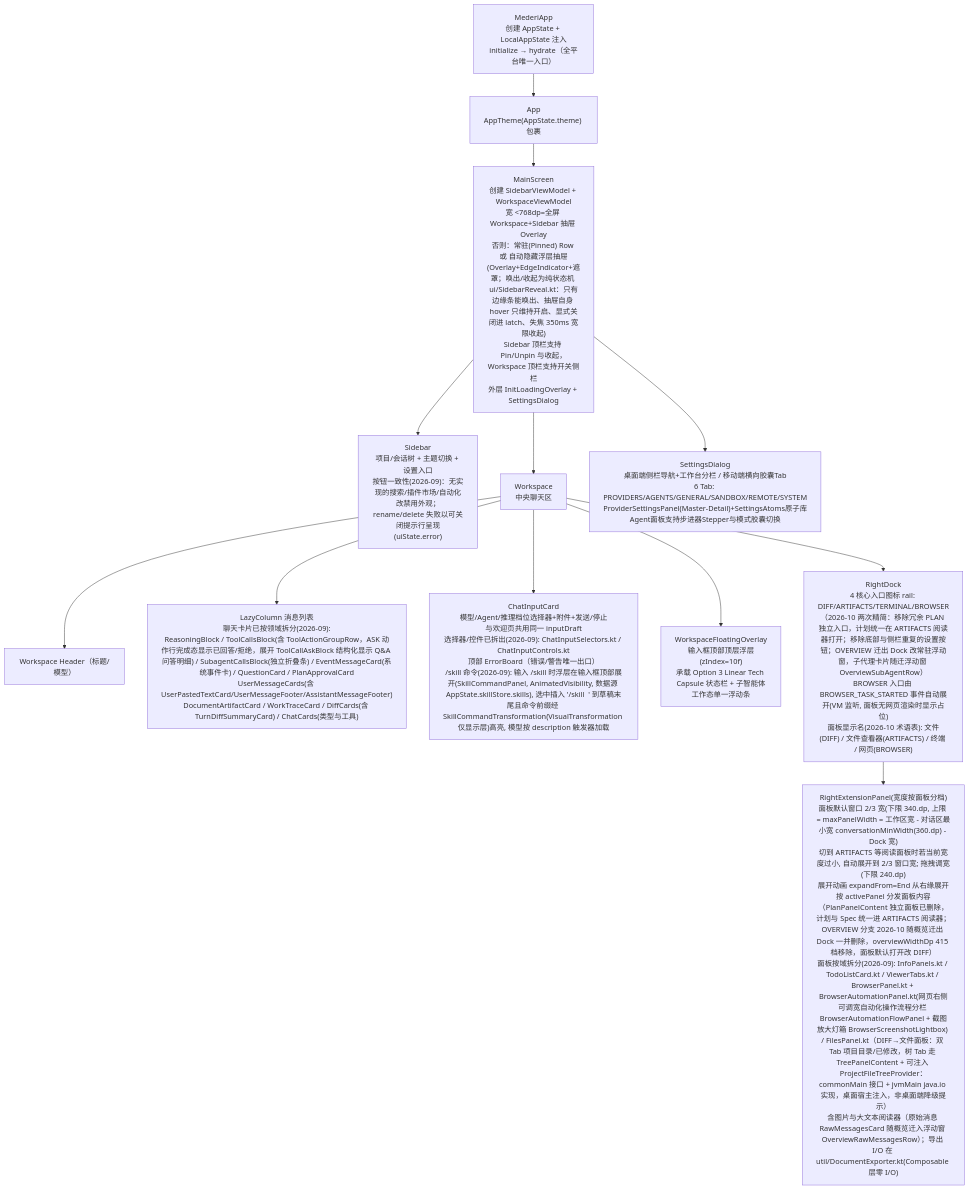
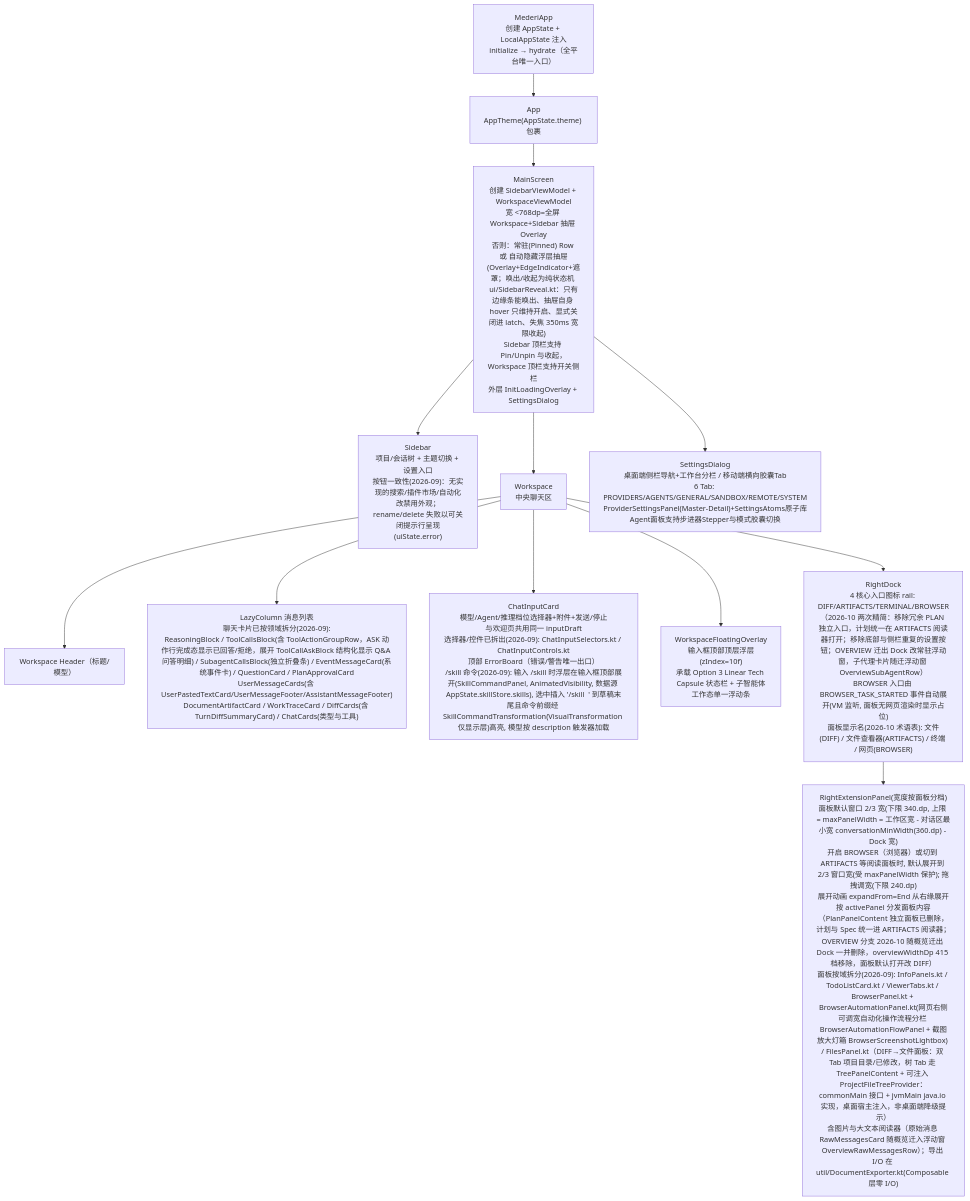
One commit to lzdev42/mederi changed the third of 4 diagrams in docs/architecture/02-app-shared.md. Above: the diagram before and after it, drawn with Mermaid. The commit also changed other lines of this file and 60 other files, not shown here.

First line of the commit message:
feat(browser+ui): refactor browser operator tool calling, session tabs, and wasm paste support

````diff
--- a/docs/architecture/02-app-shared.md
+++ b/docs/architecture/02-app-shared.md
@@ -465,24 +466,24 @@
 ```mermaid
 flowchart TD
     MA["MederiApp<br/>创建 AppState + LocalAppState 注入<br/>initialize → hydrate（全平台唯一入口）"]
     APP["App<br/>AppTheme(AppState.theme) 包裹"]
     MS["MainScreen<br/>创建 SidebarViewModel + WorkspaceViewModel<br/>宽 <768dp=全屏 Workspace+Sidebar 抽屉 Overlay<br/>否则：常驻(Pinned) Row 或 自动隐藏浮层抽屉(Overlay+EdgeIndicator+遮罩；唤出/收起为纯状态机 ui/SidebarReveal.kt：只有边缘条能唤出、抽屉自身 hover 只维持开启、显式关闭进 latch、失焦 350ms 宽限收起)<br/>Sidebar 顶栏支持 Pin/Unpin 与收起，Workspace 顶栏支持开关侧栏<br/>外层 InitLoadingOverlay + SettingsDialog"]
     SB["Sidebar<br/>项目/会话树 + 主题切换 + 设置入口<br/>按钮一致性(2026-09)：无实现的搜索/插件市场/自动化改禁用外观；rename/delete 失败以可关闭提示行呈现(uiState.error)"]
     WS["Workspace<br/>中央聊天区"]
     HDR["Workspace Header（标题/模型）"]
     LIST["LazyColumn 消息列表<br/>聊天卡片已按领域拆分(2026-09):<br/>ReasoningBlock / ToolCallsBlock(含 ToolActionGroupRow，ASK 动作行完成态显示已回答/拒绝，展开 ToolCallAskBlock 结构化显示 Q&A 问答明细) / SubagentCallsBlock(独立折叠条) / EventMessageCard(系统事件卡) / QuestionCard / PlanApprovalCard<br/>UserMessageCards(含 UserPastedTextCard/UserMessageFooter/AssistantMessageFooter)<br/>DocumentArtifactCard / WorkTraceCard / DiffCards(含 TurnDiffSummaryCard) / ChatCards(类型与工具)"]
     INPUT["ChatInputCard<br/>模型/Agent/推理档位选择器+附件+发送/停止<br/>与欢迎页共用同一 inputDraft<br/>选择器/控件已拆出(2026-09): ChatInputSelectors.kt / ChatInputControls.kt<br/>顶部 ErrorBoard（错误/警告唯一出口）<br/>/skill 命令(2026-09): 输入 /skill 时浮层在输入框顶部展开(SkillCommandPanel, AnimatedVisibility, 数据源 AppState.skillStore.skills), 选中插入 '/skill <name> ' 到草稿末尾且命令前缀经 SkillCommandTransformation(VisualTransformation 仅显示层)高亮, 模型按 description 触发器加载"]
     WFO["WorkspaceFloatingOverlay<br/>输入框顶部顶层浮层(zIndex=10f)<br/>承载 Option 3 Linear Tech Capsule 状态栏 + 子智能体工作态单一浮动条"]
     DOCK["RightDock<br/>4 核心入口图标 rail: DIFF/ARTIFACTS/TERMINAL/BROWSER（2026-10 两次精简：移除冗余 PLAN 独立入口，计划统一在 ARTIFACTS 阅读器打开；移除底部与侧栏重复的设置按钮；OVERVIEW 迁出 Dock 改常驻浮动窗，子代理卡片随迁浮动窗 OverviewSubAgentRow）<br/>BROWSER 入口由 BROWSER_TASK_STARTED 事件自动展开(VM 监听, 面板无网页渲染时显示占位)<br/>面板显示名(2026-10 术语表): 文件(DIFF) / 文件查看器(ARTIFACTS) / 终端 / 网页(BROWSER)"]
-    REP["RightExtensionPanel(宽度按面板分档)<br/>面板默认窗口 2/3 宽(下限 340.dp, 上限 = maxPanelWidth = 工作区宽 - 对话区最小宽 conversationMinWidth(360.dp) - Dock 宽)<br/>切到 ARTIFACTS 等阅读面板时若当前宽度过小, 自动展开到 2/3 窗口宽; 拖拽调宽(下限 240.dp)<br/>展开动画 expandFrom=End 从右缘展开<br/>按 activePanel 分发面板内容（PlanPanelContent 独立面板已删除，计划与 Spec 统一进 ARTIFACTS 阅读器；OVERVIEW 分支 2026-10 随概览迁出 Dock 一并删除，overviewWidthDp 415 档移除，面板默认打开改 DIFF）<br/>面板按域拆分(2026-09): InfoPanels.kt / TodoListCard.kt / ViewerTabs.kt / BrowserPanel.kt + BrowserAutomationPanel.kt(网页右侧可调宽自动化操作流程分栏 BrowserAutomationFlowPanel + 截图放大灯箱 BrowserScreenshotLightbox) / FilesPanel.kt（DIFF→文件面板：双 Tab 项目目录/已修改，树 Tab 走 TreePanelContent + 可注入 ProjectFileTreeProvider：commonMain 接口 + jvmMain java.io 实现，桌面宿主注入，非桌面端降级提示）<br/>含图片与大文本阅读器（原始消息 RawMessagesCard 随概览迁入浮动窗 OverviewRawMessagesRow）；导出 I/O 在 util/DocumentExporter.kt(Composable 层零 I/O)"]
+    REP["RightExtensionPanel(宽度按面板分档)<br/>面板默认窗口 2/3 宽(下限 340.dp, 上限 = maxPanelWidth = 工作区宽 - 对话区最小宽 conversationMinWidth(360.dp) - Dock 宽)<br/>开启 BROWSER（浏览器）或切到 ARTIFACTS 等阅读面板时, 默认展开到 2/3 窗口宽(受 maxPanelWidth 保护); 拖拽调宽(下限 240.dp)<br/>展开动画 expandFrom=End 从右缘展开<br/>按 activePanel 分发面板内容（PlanPanelContent 独立面板已删除，计划与 Spec 统一进 ARTIFACTS 阅读器；OVERVIEW 分支 2026-10 随概览迁出 Dock 一并删除，overviewWidthDp 415 档移除，面板默认打开改 DIFF）<br/>面板按域拆分(2026-09): InfoPanels.kt / TodoListCard.kt / ViewerTabs.kt / BrowserPanel.kt + BrowserAutomationPanel.kt(网页右侧可调宽自动化操作流程分栏 BrowserAutomationFlowPanel + 截图放大灯箱 BrowserScreenshotLightbox) / FilesPanel.kt（DIFF→文件面板：双 Tab 项目目录/已修改，树 Tab 走 TreePanelContent + 可注入 ProjectFileTreeProvider：commonMain 接口 + jvmMain java.io 实现，桌面宿主注入，非桌面端降级提示）<br/>含图片与大文本阅读器（原始消息 RawMessagesCard 随概览迁入浮动窗 OverviewRawMessagesRow）；导出 I/O 在 util/DocumentExporter.kt(Composable 层零 I/O)"]
     SD["SettingsDialog<br/>桌面端侧栏导航+工作台分栏 / 移动端横向胶囊Tab<br/>6 Tab: PROVIDERS/AGENTS/GENERAL/SANDBOX/REMOTE/SYSTEM<br/>ProviderSettingsPanel(Master-Detail)+SettingsAtoms原子库<br/>Agent面板支持步进器Stepper与模式胶囊切换"]
     MA --> APP --> MS
     MS --> SB
     MS --> WS
     WS --> HDR
     WS --> LIST
     WS --> WFO
     WS --> INPUT
     WS --> DOCK --> REP
     MS --> SD
 ```
````
